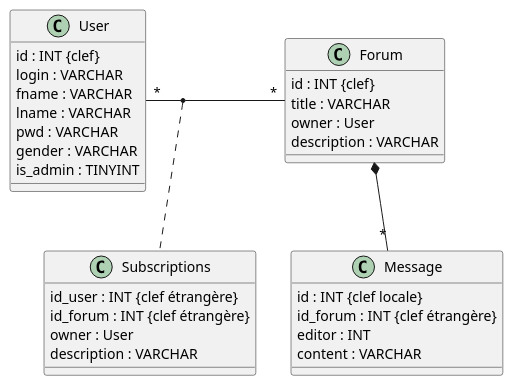
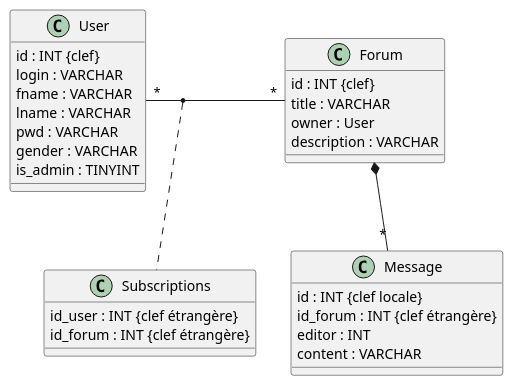
One commit to jiawen1996/forum-discussion changed the diagram in MCD.plantuml. Above: the diagram before and after it, drawn with PlantUML.

Commit message:
edit MCD

```diff
--- a/MCD.plantuml
+++ b/MCD.plantuml
@@ -1,38 +1,36 @@
 @startuml Forum
 Class User{
     {field} id : INT {clef}
     {field} login : VARCHAR
     {field} fname : VARCHAR
     {field} lname : VARCHAR
     {field} pwd : VARCHAR
     {field} gender : VARCHAR
     {field} is_admin : TINYINT
 }
 
 Class Forum{
     {field} id : INT {clef}
     {field} title : VARCHAR
     {field} owner : User
     {field} description : VARCHAR
 }
 
 Class Subscriptions{
     {field} id_user : INT {clef étrangère}
     {field} id_forum : INT {clef étrangère}
-    {field} owner : User
-    {field} description : VARCHAR
 }
 
 Class Message{
     {field} id : INT {clef locale}
     {field} id_forum : INT {clef étrangère}
     {field} editor : INT
     {field} content : VARCHAR
 }
 
 User "*" - "*" Forum
 (User, Forum) .. Subscriptions
 
 Forum *-- "*" Message
 
 @enduml
```
